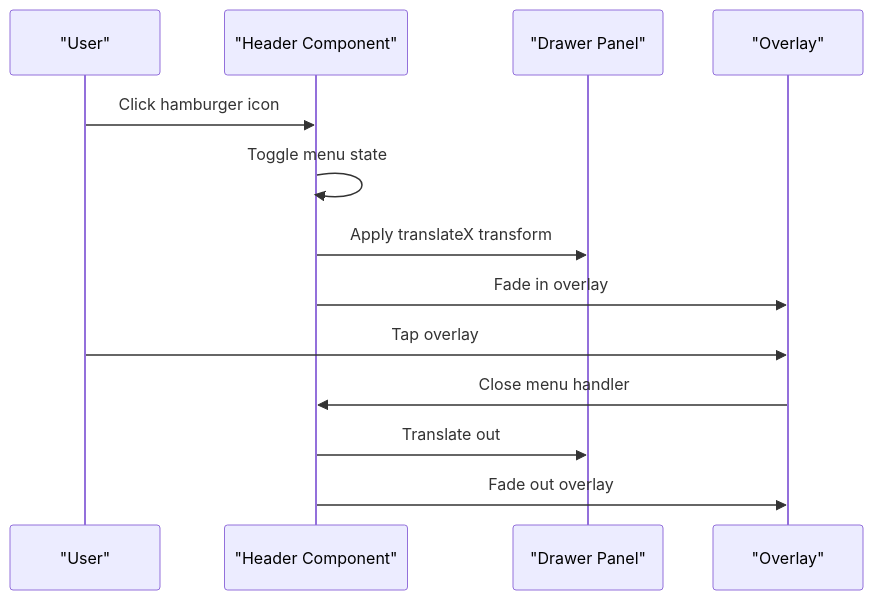
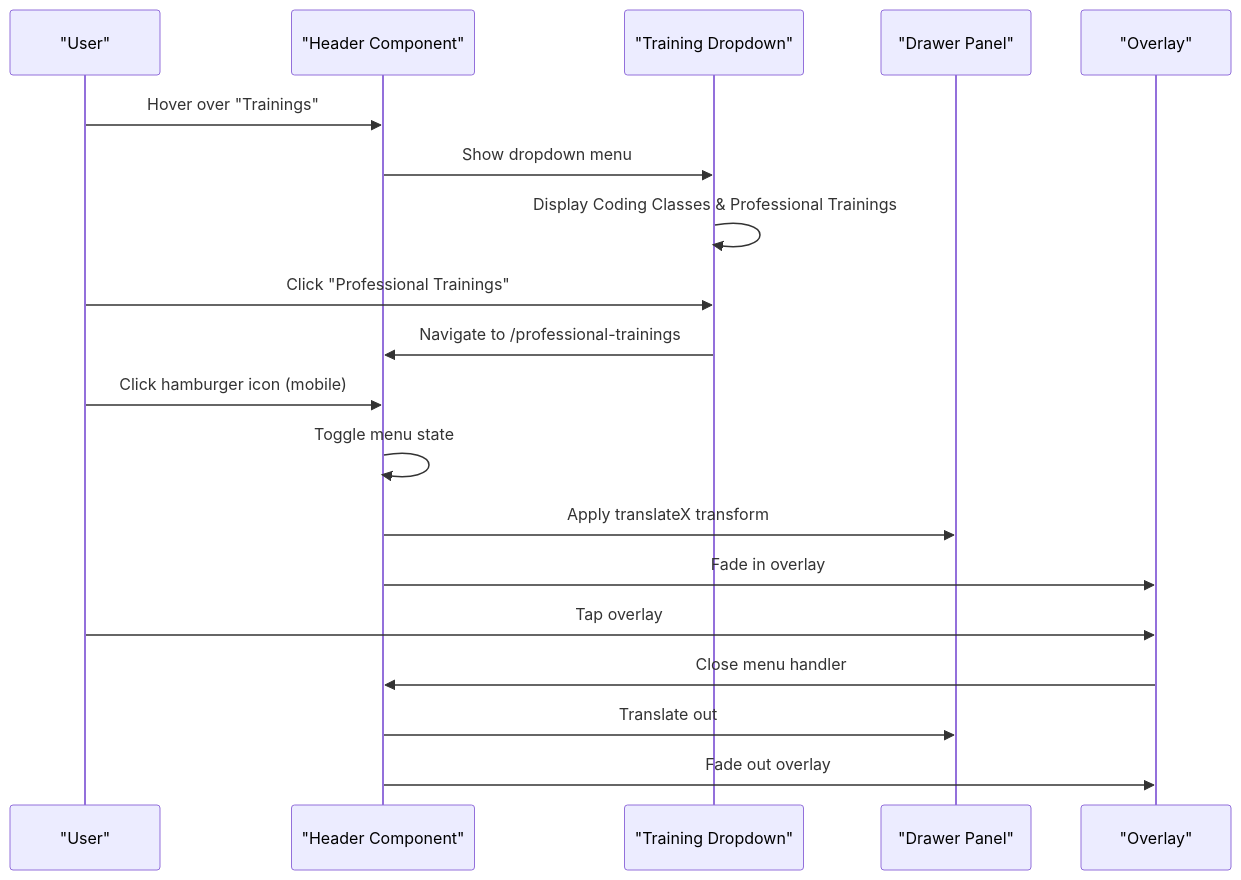
One commit to Black-box01/rhemaexpertsolutions changed the second of 5 diagrams in .qoder/repowiki/en/content/UI Components/Navigation Components.md. Above: the diagram before and after it, drawn with Mermaid. The commit also changed other lines of this file and 22 other files, not shown here.

First line of the commit message:
feat(professional-trainings): add professional training registration system

````diff
--- a/.qoder/repowiki/en/content/UI Components/Navigation Components.md
+++ b/.qoder/repowiki/en/content/UI Components/Navigation Components.md
@@ -90,15 +106,21 @@
 ```mermaid
 sequenceDiagram
 participant U as "User"
 participant H as "Header Component"
+participant TD as "Training Dropdown"
 participant D as "Drawer Panel"
 participant O as "Overlay"
-U->>H : Click hamburger icon
+U->>H : Hover over "Trainings"
+H->>TD : Show dropdown menu
+TD->>TD : Display Coding Classes & Professional Trainings
+U->>TD : Click "Professional Trainings"
+TD->>H : Navigate to /professional-trainings
+U->>H : Click hamburger icon (mobile)
 H->>H : Toggle menu state
 H->>D : Apply translateX transform
 H->>O : Fade in overlay
 U->>O : Tap overlay
 O->>H : Close menu handler
 H->>D : Translate out
 H->>O : Fade out overlay
 ```
````
